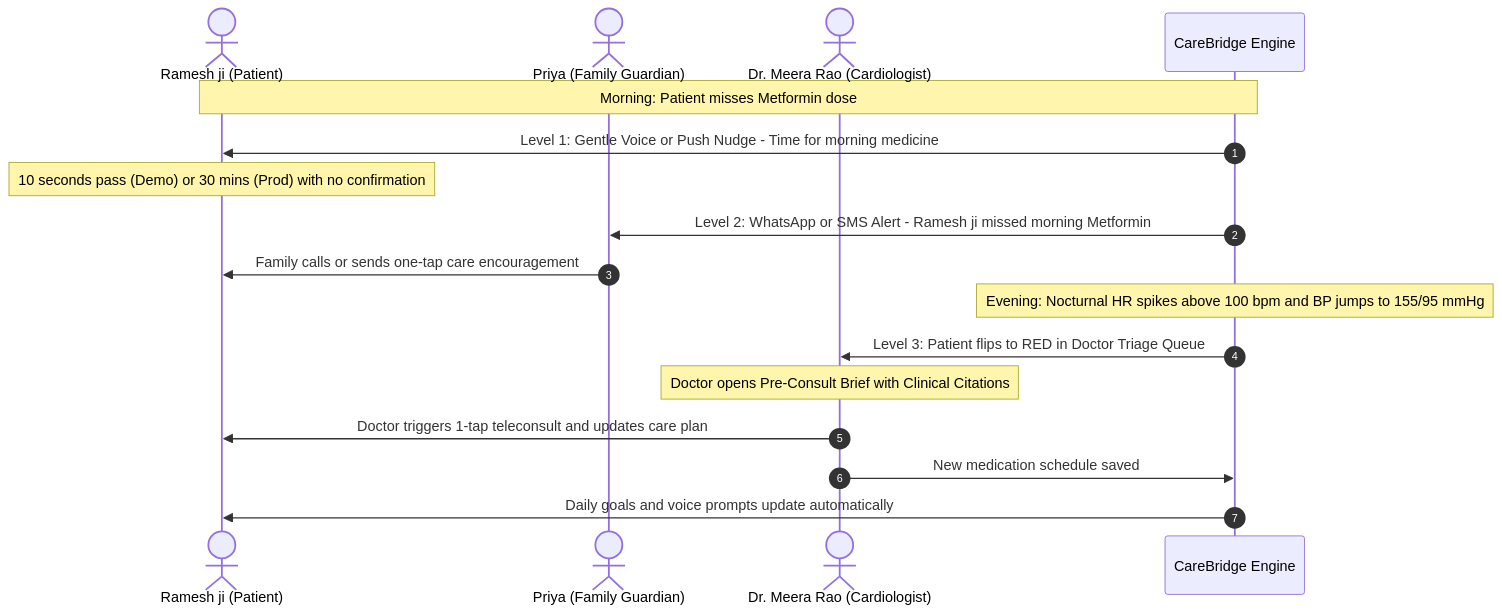
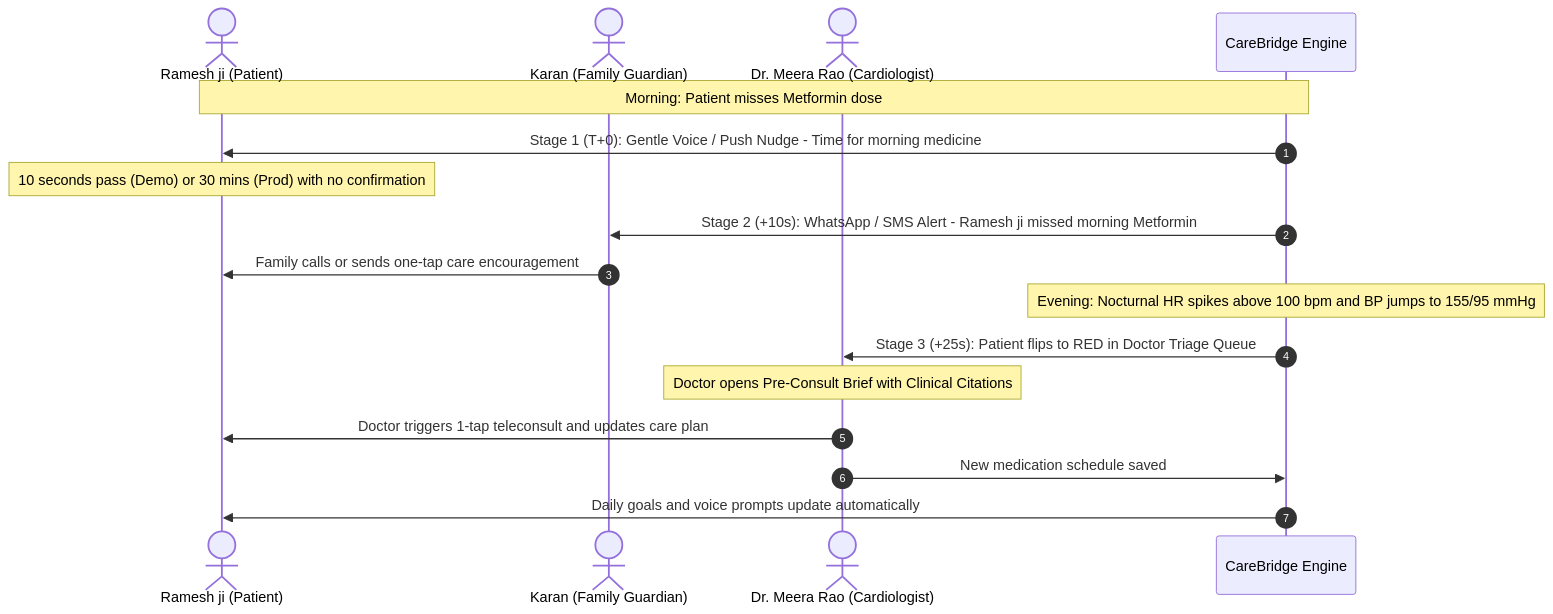
Before and after one commit to Swapnil-Ghosh06/carebridge: the second of 3 diagrams in README.md, drawn with Mermaid. The commit also changed other lines of this file and 10 other files, not shown here.

````diff
--- a/README.md
+++ b/README.md
@@ -147,20 +224,20 @@
 ```mermaid
 sequenceDiagram
     autonumber
     actor Patient as Ramesh ji (Patient)
-    actor Family as Priya (Family Guardian)
+    actor Family as Karan (Family Guardian)
     actor Doctor as Dr. Meera Rao (Cardiologist)
     participant Sys as CareBridge Engine
 
     Note over Patient,Sys: Morning: Patient misses Metformin dose
-    Sys->>Patient: Level 1: Gentle Voice or Push Nudge - Time for morning medicine
+    Sys->>Patient: Stage 1 (T+0): Gentle Voice / Push Nudge - Time for morning medicine
     Note over Patient: 10 seconds pass (Demo) or 30 mins (Prod) with no confirmation
-    Sys->>Family: Level 2: WhatsApp or SMS Alert - Ramesh ji missed morning Metformin
+    Sys->>Family: Stage 2 (+10s): WhatsApp / SMS Alert - Ramesh ji missed morning Metformin
     Family->>Patient: Family calls or sends one-tap care encouragement
     Note over Sys: Evening: Nocturnal HR spikes above 100 bpm and BP jumps to 155/95 mmHg
-    Sys->>Doctor: Level 3: Patient flips to RED in Doctor Triage Queue
+    Sys->>Doctor: Stage 3 (+25s): Patient flips to RED in Doctor Triage Queue
     Note over Doctor: Doctor opens Pre-Consult Brief with Clinical Citations
     Doctor->>Patient: Doctor triggers 1-tap teleconsult and updates care plan
     Doctor->>Sys: New medication schedule saved
     Sys->>Patient: Daily goals and voice prompts update automatically
 ```
````
